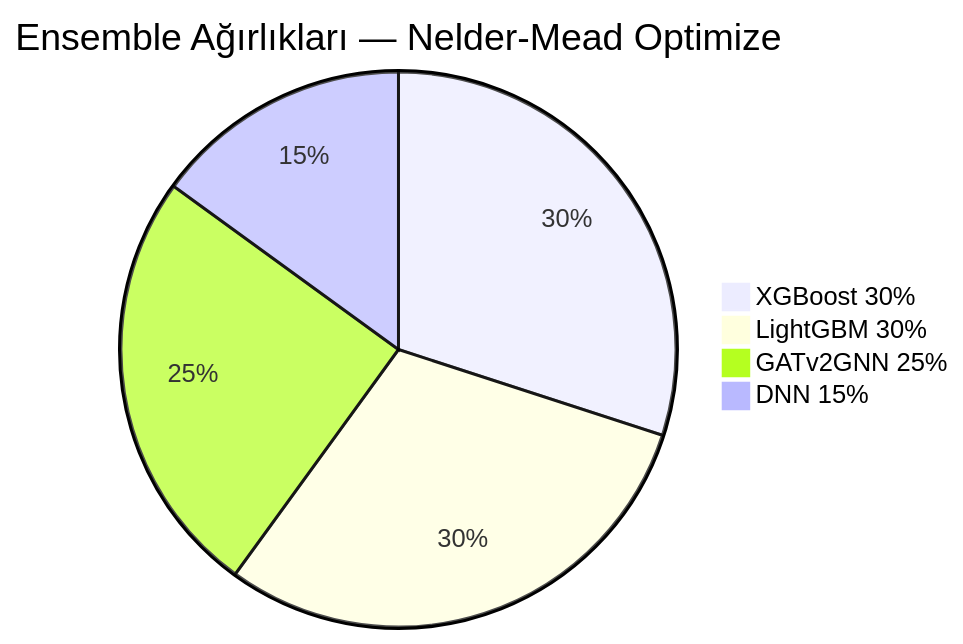
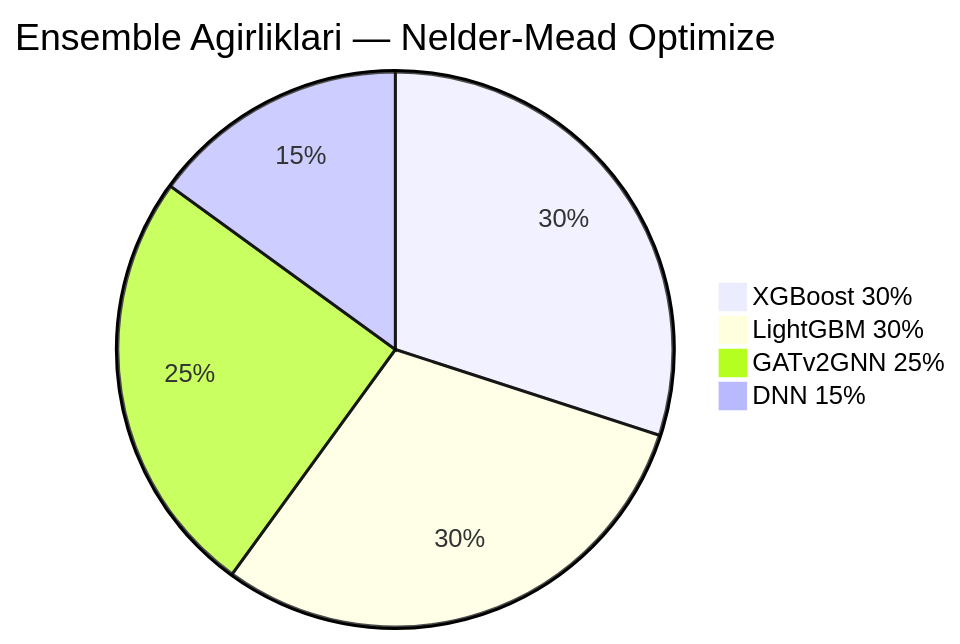
Before and after one commit to msgxr/VARIANT-GNN: the fourth of 16 diagrams in README.md, drawn with Mermaid. The commit also changed other lines of this file, not shown here.

````diff
--- a/README.md
+++ b/README.md
@@ -299,7 +243,7 @@
 ```mermaid
-pie title Ensemble Ağırlıkları — Nelder-Mead Optimize
+pie title Ensemble Agirliklari — Nelder-Mead Optimize
     "XGBoost  30%" : 30
     "LightGBM 30%" : 30
     "GATv2GNN 25%" : 25
     "DNN      15%" : 15
 ```
````
